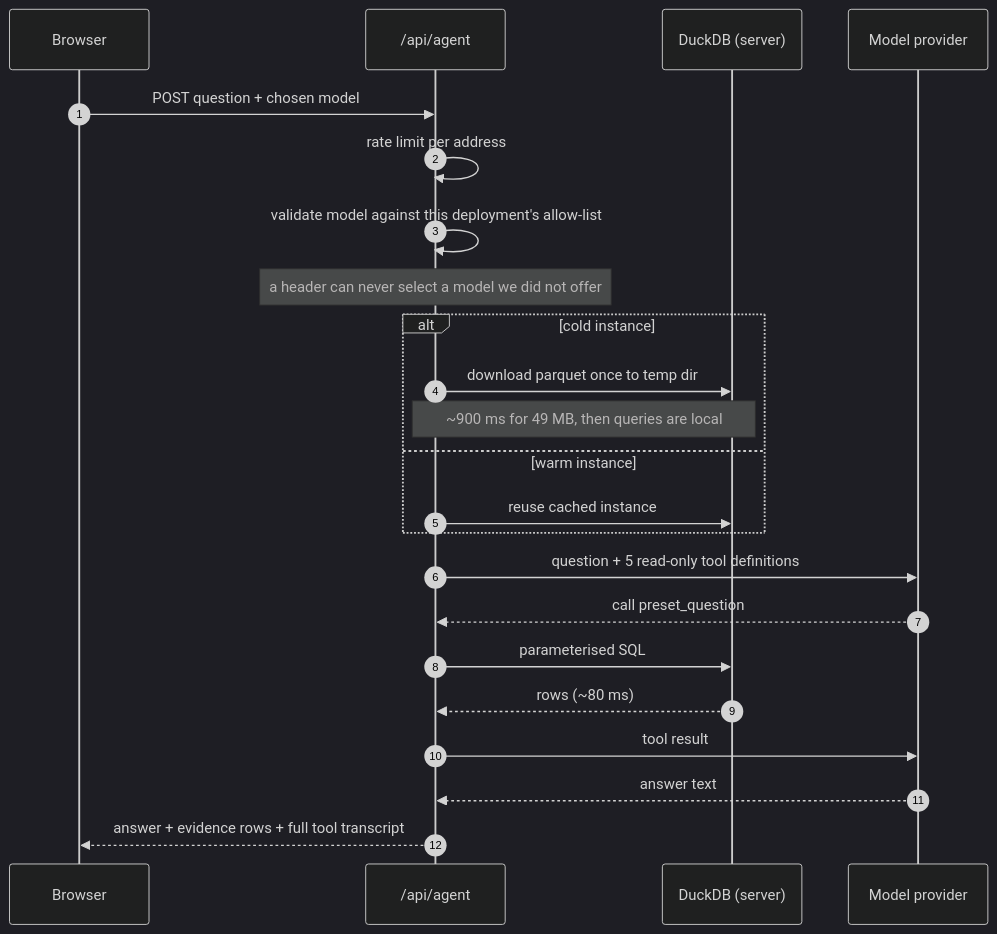
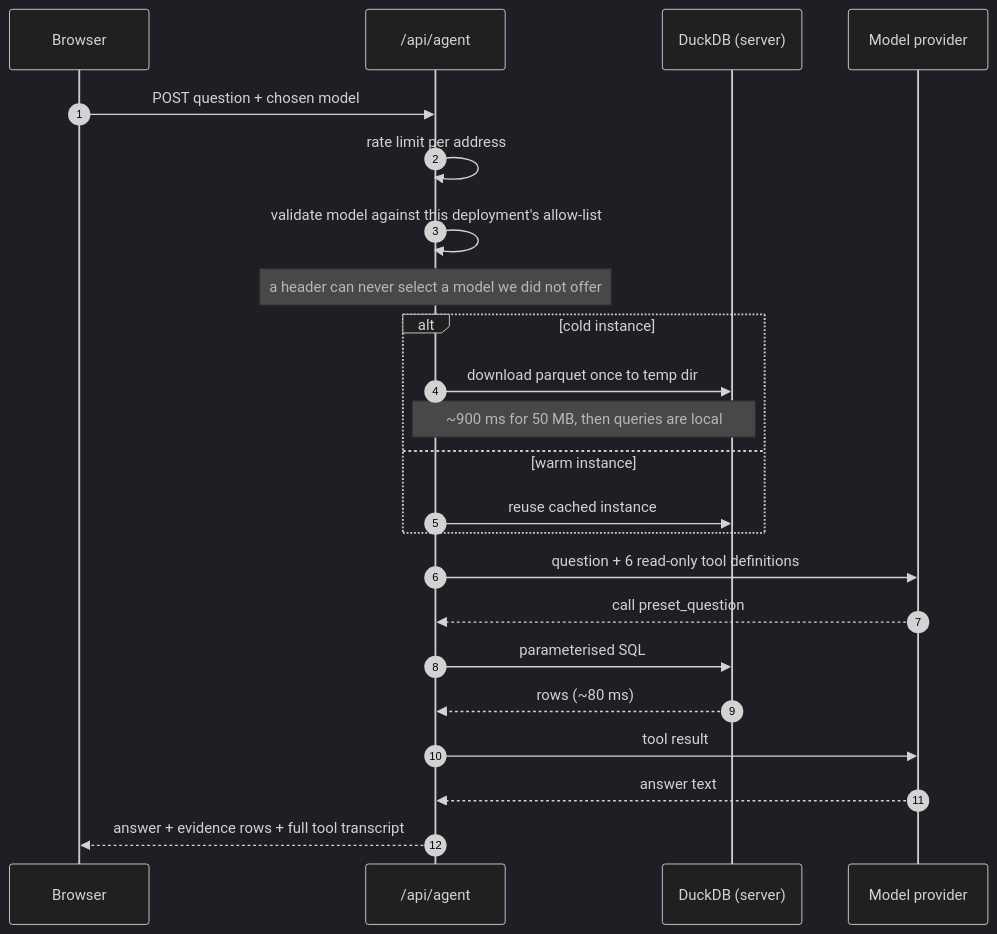
The eighth of 9 diagrams in docs/ARCHITECTURE.md (m-ratnikov/oracle-property-intelligence-platform-pipeline-duval-fl), drawn with Mermaid (dark theme) before and after one commit. The commit also changed other lines of this file and 43 other files, not shown here.

````diff
--- a/docs/ARCHITECTURE.md
+++ b/docs/ARCHITECTURE.md
@@ -325,28 +330,28 @@
 ```mermaid
 sequenceDiagram
     autonumber
     participant B as Browser
     participant R as /api/agent
     participant D as DuckDB (server)
     participant M as Model provider
 
     B->>R: POST question + chosen model
     R->>R: rate limit per address
     R->>R: validate model against this deployment's allow-list
     Note over R: a header can never select a model we did not offer
 
     alt cold instance
         R->>D: download parquet once to temp dir
-        Note over R,D: ~900 ms for 49 MB, then queries are local
+        Note over R,D: ~900 ms for 50 MB, then queries are local
     else warm instance
         R->>D: reuse cached instance
     end
 
-    R->>M: question + 5 read-only tool definitions
+    R->>M: question + 6 read-only tool definitions
     M-->>R: call preset_question
     R->>D: parameterised SQL
     D-->>R: rows (~80 ms)
     R->>M: tool result
     M-->>R: answer text
     R-->>B: answer + evidence rows + full tool transcript
 ```
````
